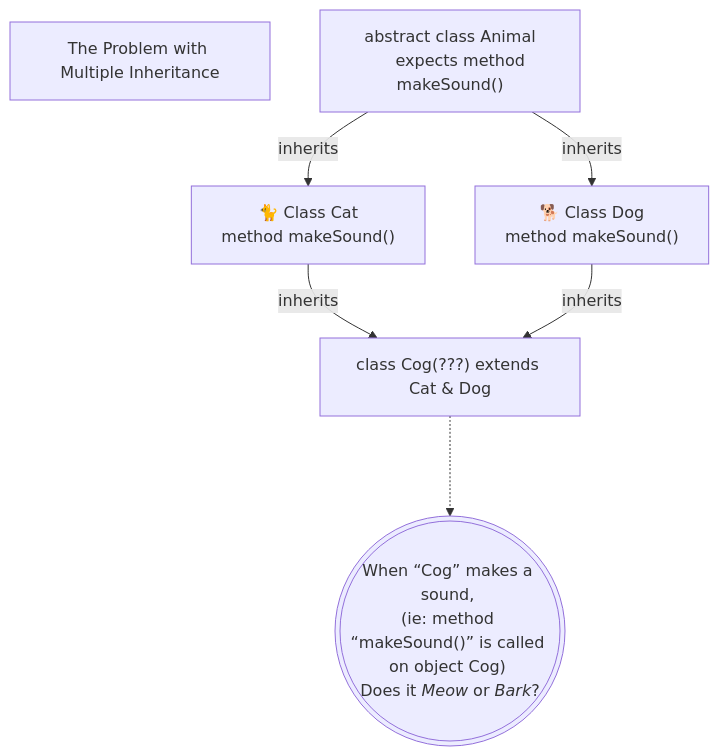
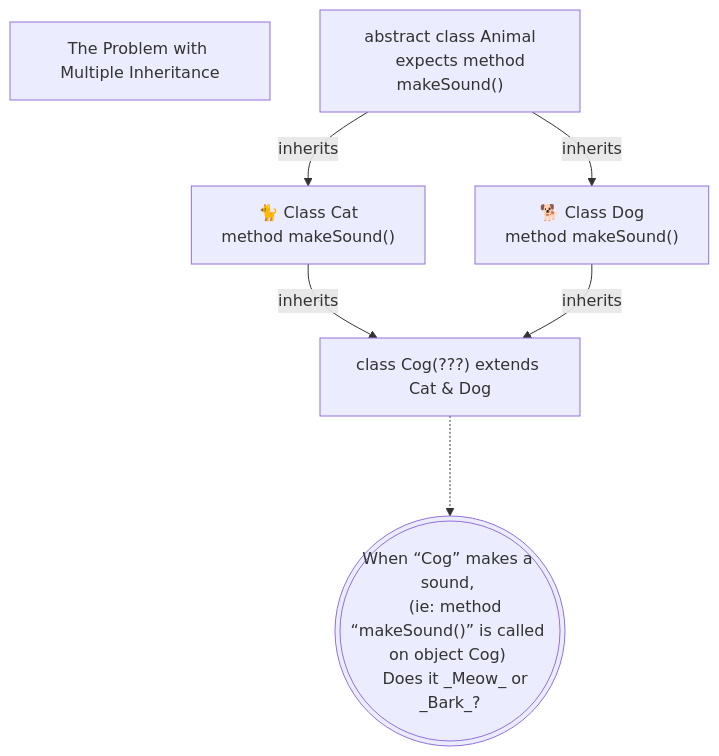
One commit to realityexpander/How_to_program_from_ground_up changed the seventh of 7 diagrams in 09-ClassOrientedProgramming.md. Above: the diagram before and after it, drawn with Mermaid.

Commit message:
improve COP

````diff
--- a/09-ClassOrientedProgramming.md
+++ b/09-ClassOrientedProgramming.md
@@ -671,17 +671,17 @@
     ```mermaid
       flowchart TD
          X["The Problem with Multiple Inheritance"]
          Animal["
            abstract class Animal
            expects method makeSound()
          "] -->|inherits| Cat["🐈 Class Cat
             method makeSound()
          "] & Dog["🐕 Class Dog
              method makeSound()
          "]-->|inherits| Cog???["class Cog(???) extends Cat & Dog"]
       
-         Cog??? -..-> Y((("`
+         Cog??? -..-> Y((("
          When “Cog” makes a sound, 
          (ie: method “makeSound()” is called on object Cog) 
-         Does it _Meow_ or _Bark_?`"))) 
+         Does it _Meow_ or _Bark_?"))) 
       ```
````
